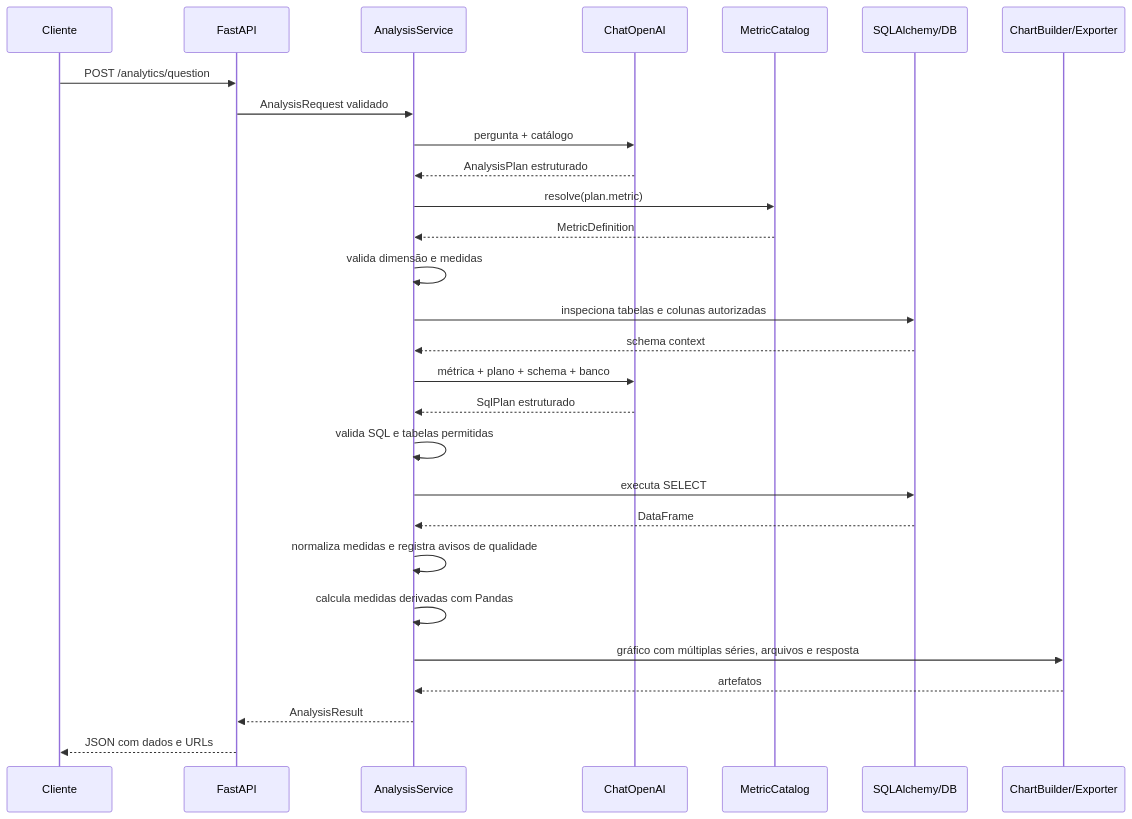
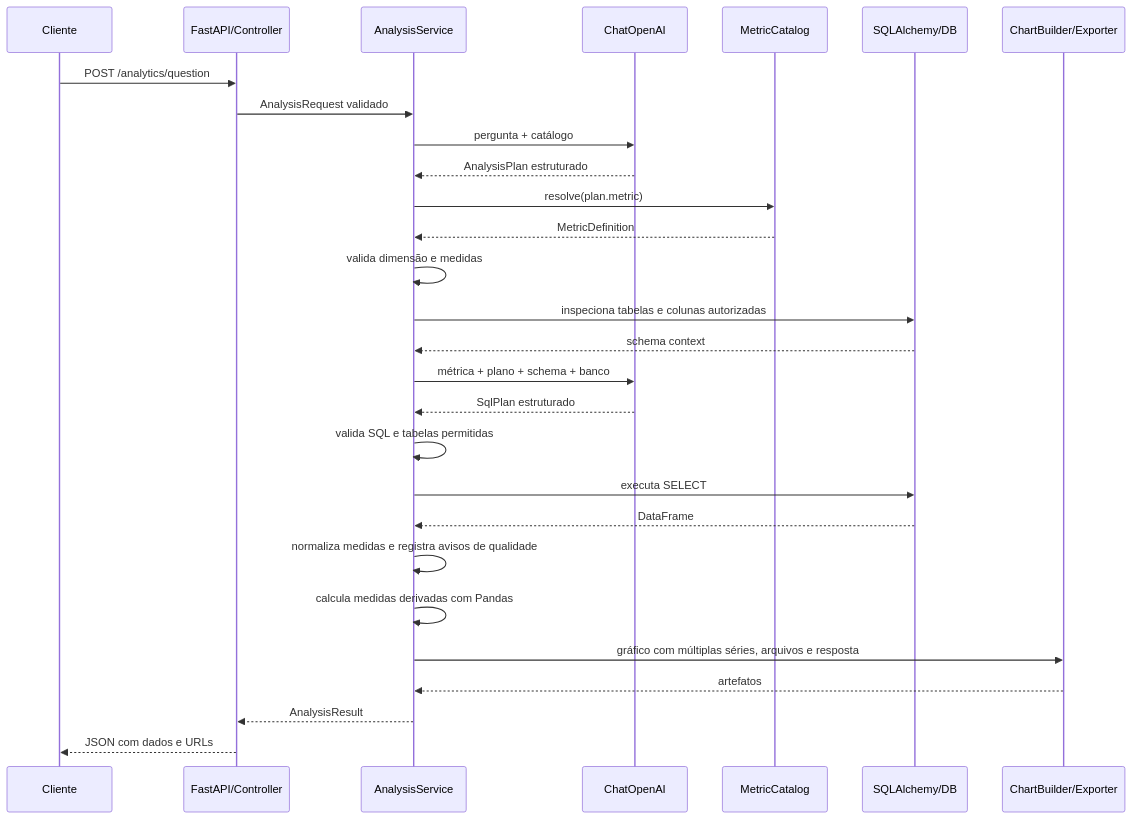
One commit to ProxDouglas/report-manager changed the second of 2 diagrams in relatorios-service/Arquitetura.md. Above: the diagram before and after it, drawn with Mermaid. The commit also changed other lines of this file and 31 other files, not shown here.

````diff
--- a/relatorios-service/Arquitetura.md
+++ b/relatorios-service/Arquitetura.md
@@ -147,31 +174,31 @@
 ```mermaid
 sequenceDiagram
     participant Cliente
-    participant API as FastAPI
+    participant API as FastAPI/Controller
     participant Serviço as AnalysisService
     participant Modelo as ChatOpenAI
     participant Catálogo as MetricCatalog
     participant Banco as SQLAlchemy/DB
     participant Saídas as ChartBuilder/Exporter
 
     Cliente->>API: POST /analytics/question
     API->>Serviço: AnalysisRequest validado
     Serviço->>Modelo: pergunta + catálogo
     Modelo-->>Serviço: AnalysisPlan estruturado
     Serviço->>Catálogo: resolve(plan.metric)
     Catálogo-->>Serviço: MetricDefinition
     Serviço->>Serviço: valida dimensão e medidas
     Serviço->>Banco: inspeciona tabelas e colunas autorizadas
     Banco-->>Serviço: schema context
     Serviço->>Modelo: métrica + plano + schema + banco
     Modelo-->>Serviço: SqlPlan estruturado
     Serviço->>Serviço: valida SQL e tabelas permitidas
     Serviço->>Banco: executa SELECT
     Banco-->>Serviço: DataFrame
     Serviço->>Serviço: normaliza medidas e registra avisos de qualidade
     Serviço->>Serviço: calcula medidas derivadas com Pandas
     Serviço->>Saídas: gráfico com múltiplas séries, arquivos e resposta
     Saídas-->>Serviço: artefatos
     Serviço-->>API: AnalysisResult
     API-->>Cliente: JSON com dados e URLs
 ```
````
